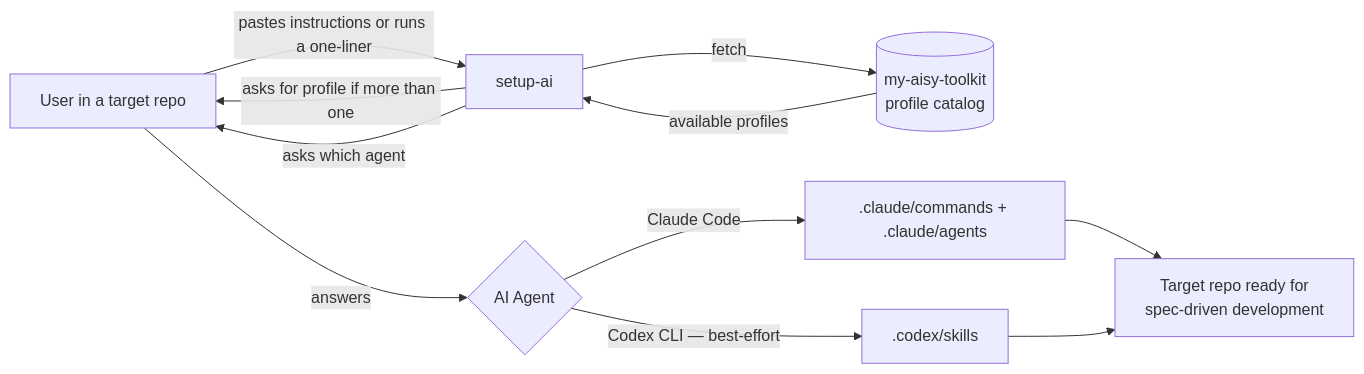
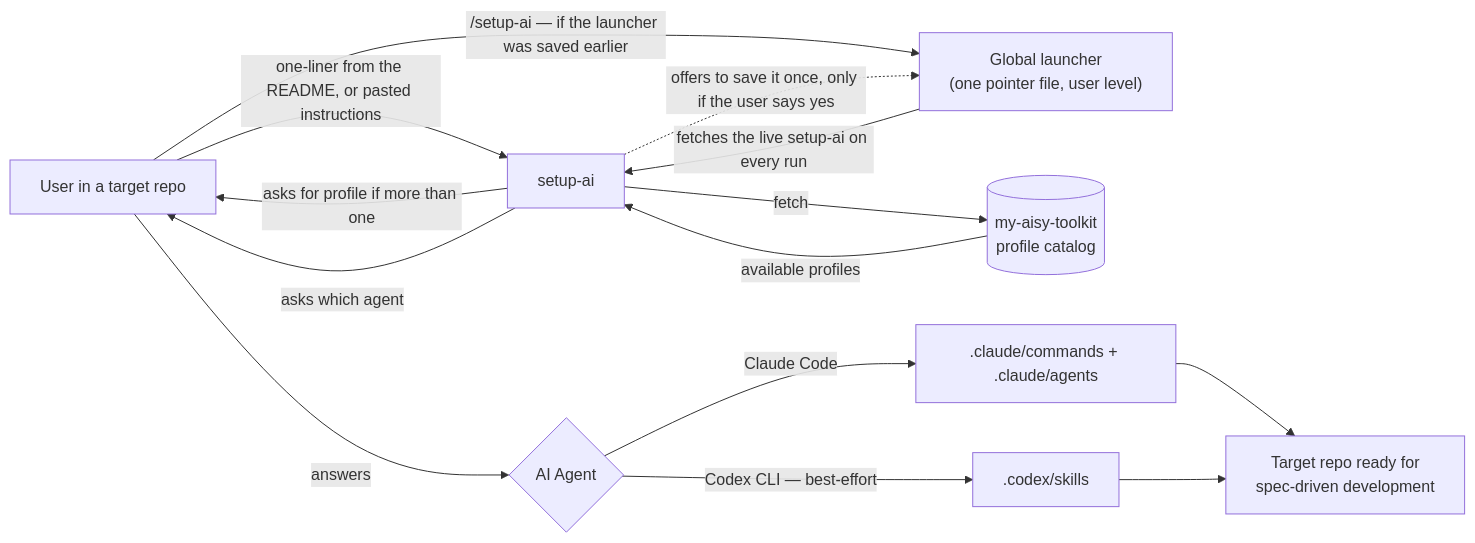
The diagram in specs/product-spec.md (charlstown/my-aisy-toolkit), drawn with Mermaid before and after one commit. The commit also changed other lines of this file and 2 other files, not shown here.

````diff
--- a/specs/product-spec.md
+++ b/specs/product-spec.md
@@ -40,13 +40,16 @@
 ```mermaid
 flowchart LR
-    U[User in a target repo] -->|pastes instructions or runs a one-liner| S[setup-ai]
+    U[User in a target repo] -->|"one-liner from the README, or pasted instructions"| S[setup-ai]
+    U -->|"/setup-ai — if the launcher was saved earlier"| L["Global launcher<br/>(one pointer file, user level)"]
+    L -->|"fetches the live setup-ai on every run"| S
+    S -.->|"offers to save it once, only if the user says yes"| L
     S -->|fetch| CAT[(my-aisy-toolkit<br/>profile catalog)]
     CAT -->|available profiles| S
     S -->|asks for profile if more than one| U
     S -->|asks which agent| U
     U -->|answers| AG{AI Agent}
     AG -->|Claude Code| CC[".claude/commands + .claude/agents"]
     AG -->|Codex CLI — best-effort| CX[".codex/skills"]
     CC --> D[Target repo ready for<br/>spec-driven development]
     CX --> D
 ```
````
